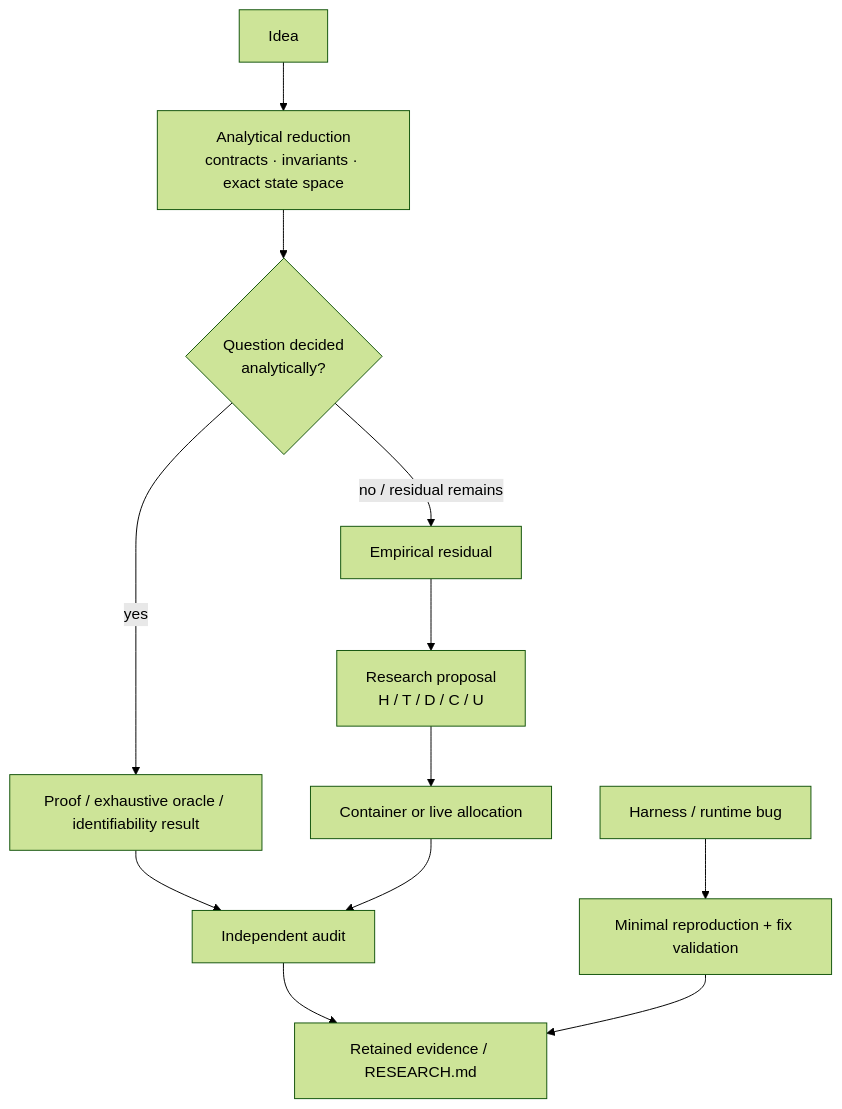
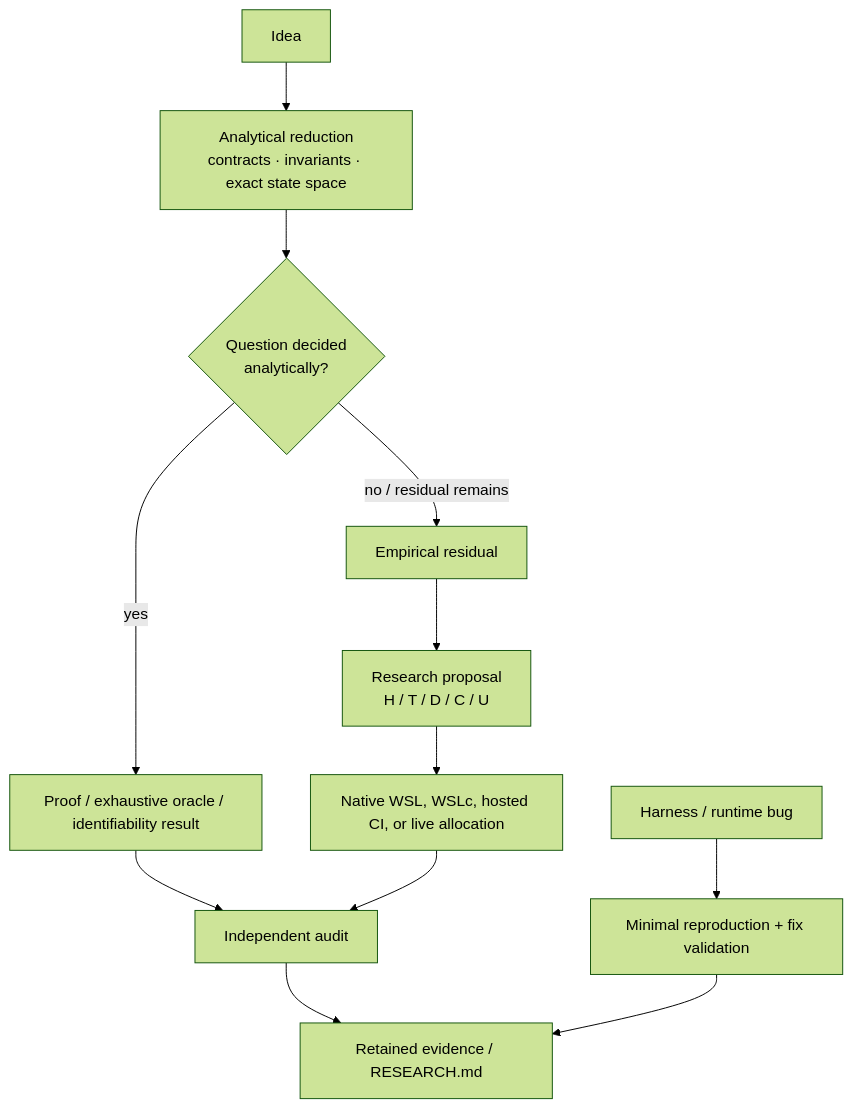
Before and after one commit to Unjuno/agent-interface: the diagram in .github/README.md, drawn with Mermaid (forest theme). The commit also changed other lines of this file and 6 other files, not shown here.

Commit message:
docs: select native WSL or WSLc for research iterations

````diff
--- a/.github/README.md
+++ b/.github/README.md
@@ -15,20 +15,20 @@
 ```mermaid
 flowchart TD
     IDEA[Idea]
     REDUCE[Analytical reduction<br/>contracts · invariants · exact state space]
     Q{Question decided<br/>analytically?}
     ANALYSIS[Proof / exhaustive oracle / identifiability result]
     RESIDUAL[Empirical residual]
     PROPOSAL[Research proposal<br/>H / T / D / C / U]
-    RUN[Container or live allocation]
+    RUN[Native WSL, WSLc, hosted CI, or live allocation]
     AUDIT[Independent audit]
     EVIDENCE[Retained evidence / RESEARCH.md]
     BUG[Harness / runtime bug]
     REPRO[Minimal reproduction + fix validation]
 
     IDEA --> REDUCE --> Q
     Q -->|yes| ANALYSIS --> AUDIT
     Q -->|no / residual remains| RESIDUAL --> PROPOSAL --> RUN --> AUDIT
     AUDIT --> EVIDENCE
     BUG --> REPRO --> EVIDENCE
 ```
````
